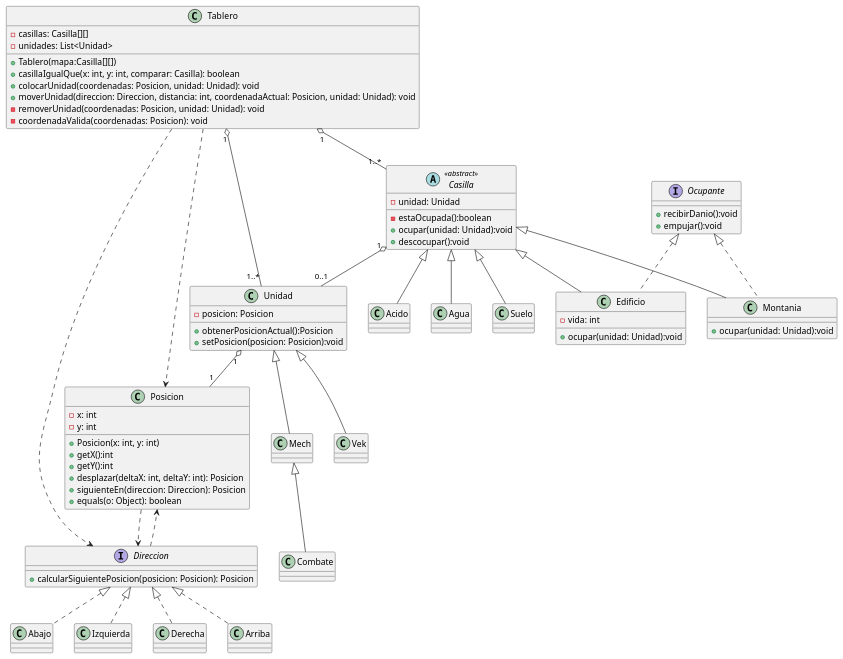
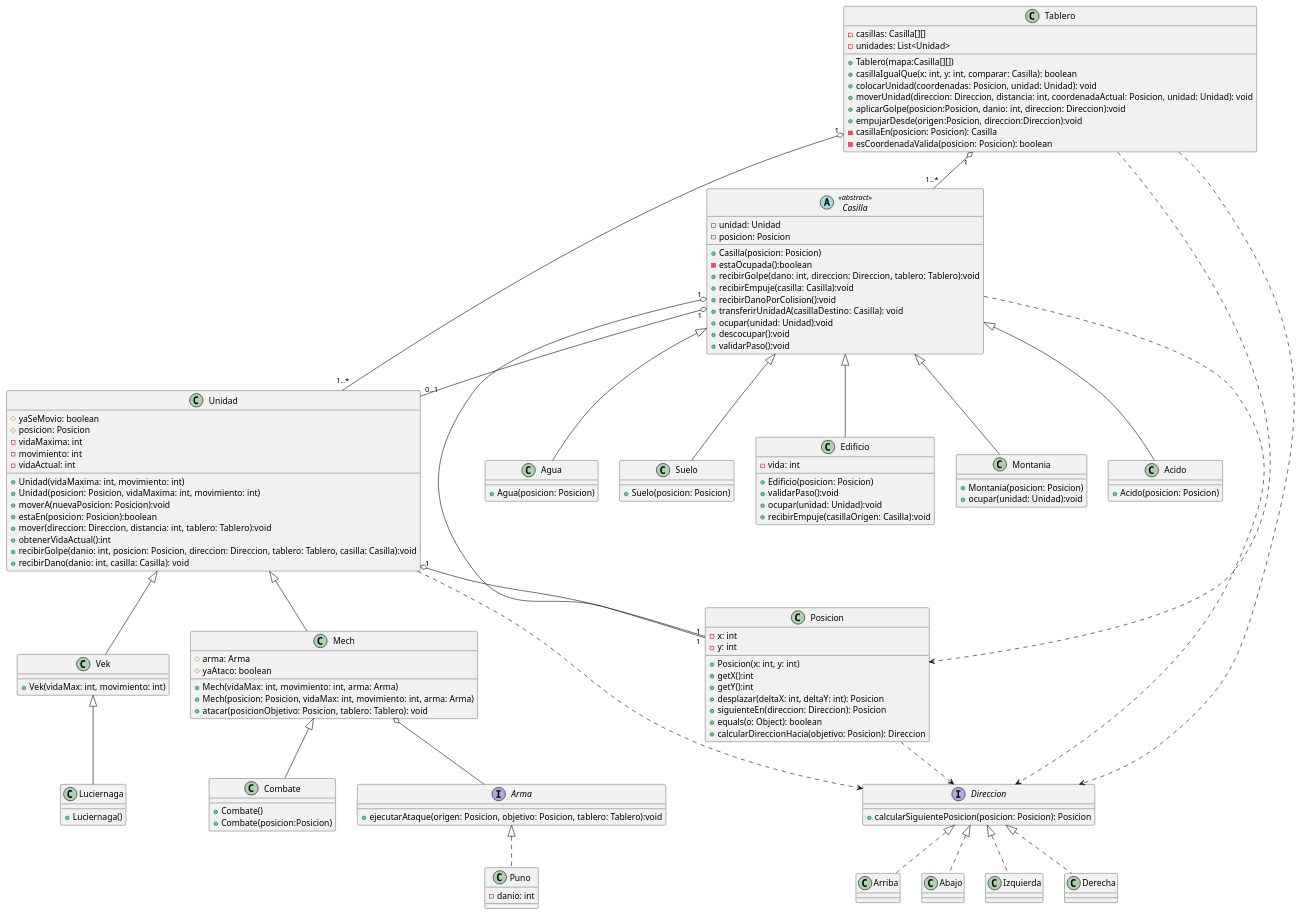
One commit to MarianoArgerich/TP2_Paradigmas_Suarez changed the diagram in diagrams/Entrega1/DiagramaClase.puml. Above: the diagram before and after it, drawn with PlantUML. The commit also changed 1 other file, not shown here.

Commit message:
chore:modifico plantUML

```diff
--- a/diagrams/Entrega1/DiagramaClase.puml
+++ b/diagrams/Entrega1/DiagramaClase.puml
@@ -1,117 +1,165 @@
 @startuml
 'https://plantuml.com/class-diagram
 
 class Tablero {
         - casillas: Casilla[][]
         - unidades: List<Unidad>
-        
+
         + Tablero(mapa:Casilla[][])
         + casillaIgualQue(x: int, y: int, comparar: Casilla): boolean
         + colocarUnidad(coordenadas: Posicion, unidad: Unidad): void
         + moverUnidad(direccion: Direccion, distancia: int, coordenadaActual: Posicion, unidad: Unidad): void
-        -removerUnidad(coordenadas: Posicion, unidad: Unidad): void
-        -coordenadaValida(coordenadas: Posicion): void
-        
+        + aplicarGolpe(posicion:Posicion, danio: int, direccion: Direccion):void
+        + empujarDesde(origen:Posicion, direccion:Direccion):void
+        - casillaEn(posicion: Posicion): Casilla
+        - esCoordenadaValida(posicion: Posicion): boolean
+
 }
 
 abstract class Casilla <<abstract>> {
         - unidad: Unidad
-        
+        - posicion: Posicion
+
+        + Casilla(posicion: Posicion)
         - estaOcupada():boolean
+        + recibirGolpe(dano: int, direccion: Direccion, tablero: Tablero):void
+        + recibirEmpuje(casilla: Casilla):void
+        + recibirDanoPorColision():void
+        + transferirUnidadA(casillaDestino: Casilla): void
         + ocupar(unidad: Unidad):void
         + descocupar():void
+        + validarPaso():void
 }
 
-interface Ocupante {
-        
-        + recibirDanio():void
-        + empujar():void
-}
 
 class Unidad {
-        - posicion: Posicion
-        
-        + obtenerPosicionActual():Posicion
-        + setPosicion(posicion: Posicion):void
-        
+        # yaSeMovio: boolean
+        # posicion: Posicion
+        - vidaMaxima: int
+        - movimiento: int
+        - vidaActual: int
+
+        + Unidad(vidaMaxima: int, movimiento: int)
+        + Unidad(posicion: Posicion, vidaMaxima: int, movimiento: int)
+        + moverA(nuevaPosicion: Posicion):void
+        + estaEn(posicion: Posicion):boolean
+        + mover(direccion: Direccion, distancia: int, tablero: Tablero):void
+        + obtenerVidaActual():int
+        + recibirGolpe(danio: int, posicion: Posicion, direccion: Direccion, tablero: Tablero, casilla: Casilla):void
+        + recibirDano(danio: int, casilla: Casilla): void
+
 }
 
 class Posicion {
         - x: int
         - y: int
-        
+
         + Posicion(x: int, y: int)
         + getX():int
         + getY():int
         + desplazar(deltaX: int, deltaY: int): Posicion
         + siguienteEn(direccion: Direccion): Posicion
         + equals(o: Object): boolean
+        + calcularDireccionHacia(objetivo: Posicion): Direccion
 }
 
 interface Direccion {
 
-       +calcularSiguientePosicion(posicion: Posicion): Posicion
+       + calcularSiguientePosicion(posicion: Posicion): Posicion
+}
+
+interface Arma {
+
+       + ejecutarAtaque(origen: Posicion, objetivo: Posicion, tablero: Tablero):void
+}
+
+class Puno implements Arma {
+        - danio: int
 }
 
 class Acido extends Casilla {
-        
+       + Acido(posicion: Posicion)
 }
 
 class Agua extends Casilla {
-        
+       + Agua(posicion: Posicion)
 }
 
 class Suelo extends Casilla {
-        
+       + Suelo(posicion: Posicion)
 }
 
-class Edificio extends Casilla implements Ocupante {
+class Edificio extends Casilla {
        - vida: int
 
-       +ocupar(unidad: Unidad):void 
+       + Edificio(posicion: Posicion)
+       + validarPaso():void
+       + ocupar(unidad: Unidad):void
+       + recibirEmpuje(casillaOrigen: Casilla):void
 }
 
-class Montania extends Casilla implements Ocupante {
+class Montania extends Casilla {
 
-       +ocupar(unidad: Unidad):void 
+       + Montania(posicion: Posicion)
+       + ocupar(unidad: Unidad):void
 }
-
-
 
 
 class Abajo implements Direccion {
 
 }
 class Izquierda implements Direccion {
 
 }
 class Derecha implements Direccion {
 
 }
 class Arriba implements Direccion {
 
 }
 
 class Mech extends Unidad{
+        # arma: Arma
+        # yaAtaco: boolean
 
+        + Mech(vidaMax: int, movimiento: int, arma: Arma)
+        + Mech(posicion: Posicion, vidaMax: int, movimiento: int, arma: Arma)
+        + atacar(posicionObjetivo: Posicion, tablero: Tablero): void
 }
 
 class Vek extends Unidad{
 
+        + Vek(vidaMax: int, movimiento: int)
 }
 
 class Combate extends Mech{
+        + Combate()
+        + Combate(posicion:Posicion)
+}
 
+class Luciernaga extends Vek{
+        + Luciernaga()
 }
 
 Tablero"1" o-- "1..*"Casilla
 Tablero"1" o-- "1..*"Unidad
 Tablero ..> Direccion
 Tablero ..> Posicion
 
 Casilla"1" o-- "0..1"Unidad
+Casilla"1" o-- "1"Posicion
+Casilla ..> Direccion
 Unidad"1" o-- "1"Posicion
+Unidad ..> Direccion
+
 
 Posicion ..> Direccion
-Direccion ..> Posicion
+Mech o-- Arma
+
+
+
+
+
+
+
 @enduml
```
